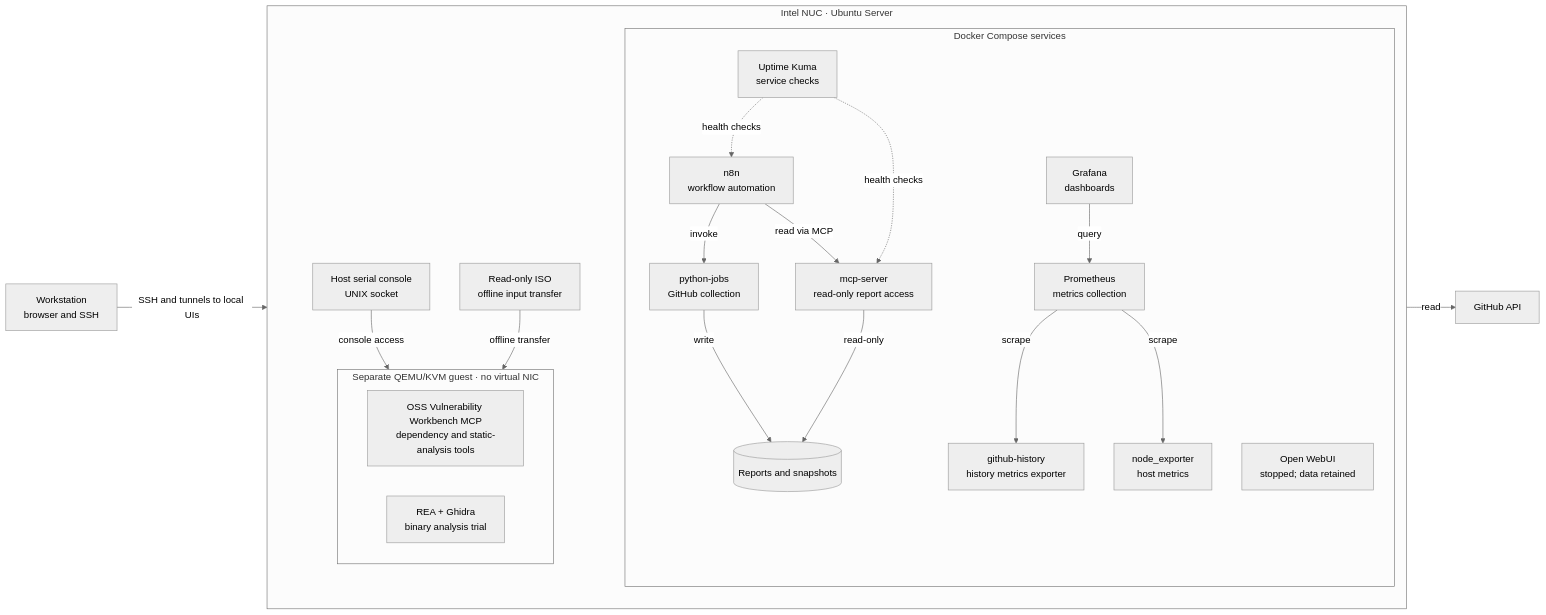
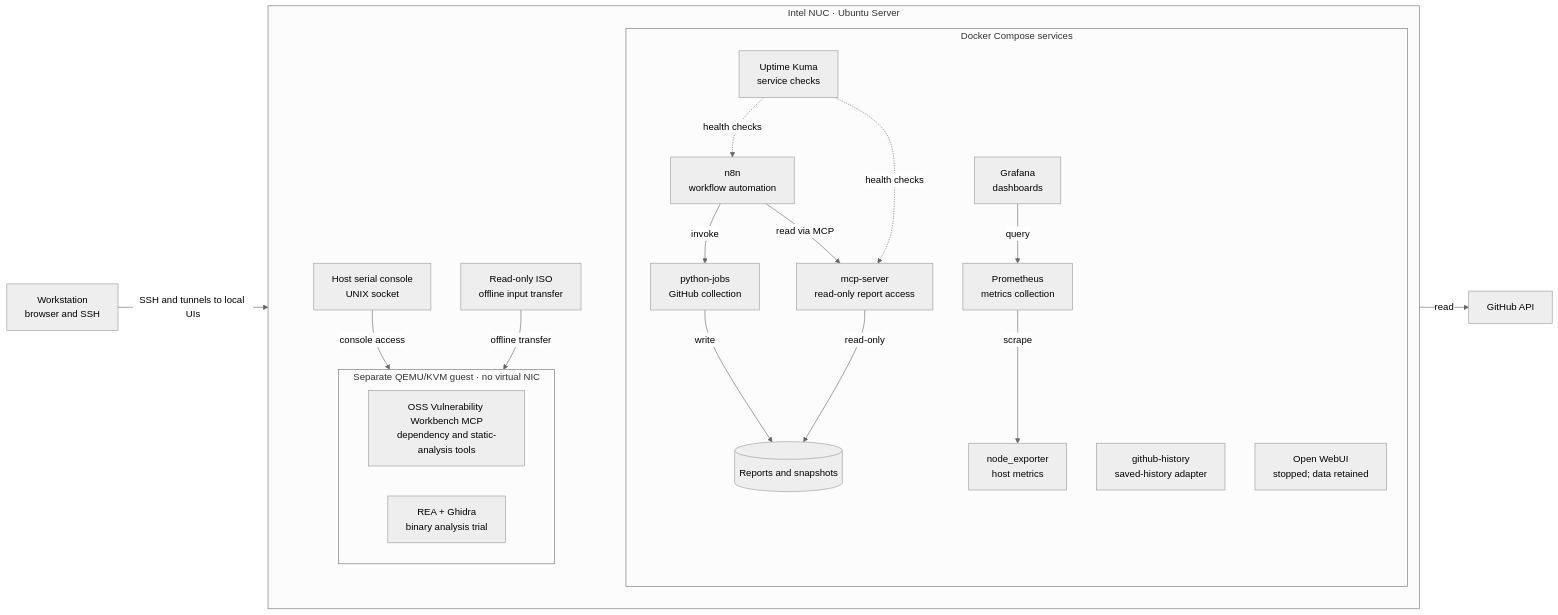
Before and after one commit to moruku36/home-ai-engineering-lab: the diagram in README.md, drawn with Mermaid (neutral theme). The commit also changed other lines of this file and 1 other file, not shown here.

Commit message:
docs: clarify history adapter verification

````diff
--- a/README.md
+++ b/README.md
@@ -11,39 +11,38 @@
 ```mermaid
 flowchart LR
   PC["Workstation<br/>browser and SSH"]
   GH["GitHub API"]
   subgraph HOST["Intel NUC · Ubuntu Server"]
     direction TB
     subgraph DOCKER["Docker Compose services"]
       N8N["n8n<br/>workflow automation"]
       JOBS["python-jobs<br/>GitHub collection"]
       MCP["mcp-server<br/>read-only report access"]
-      HIST["github-history<br/>history metrics exporter"]
+      HIST["github-history<br/>saved-history adapter"]
       KUMA["Uptime Kuma<br/>service checks"]
       NODE["node_exporter<br/>host metrics"]
       PROM["Prometheus<br/>metrics collection"]
       GRAF["Grafana<br/>dashboards"]
       DATA[("Reports and snapshots")]
       WEB["Open WebUI<br/>stopped; data retained"]
     end
     subgraph VM["Separate QEMU/KVM guest · no virtual NIC"]
       WB["OSS Vulnerability Workbench MCP<br/>dependency and static-analysis tools"]
       REA["REA + Ghidra<br/>binary analysis trial"]
     end
     CONSOLE["Host serial console<br/>UNIX socket"]
     ISO["Read-only ISO<br/>offline input transfer"]
   end
   PC -->|"SSH and tunnels to local UIs"| HOST
   N8N -->|"invoke"| JOBS
   JOBS -->|"read"| GH
   JOBS -->|"write"| DATA
   N8N -->|"read via MCP"| MCP
   MCP -->|"read-only"| DATA
-  PROM -->|"scrape"| HIST
   PROM -->|"scrape"| NODE
   GRAF -->|"query"| PROM
   KUMA -.->|"health checks"| N8N
   KUMA -.->|"health checks"| MCP
   CONSOLE -->|"console access"| VM
   ISO -->|"offline transfer"| VM
 ```
````
